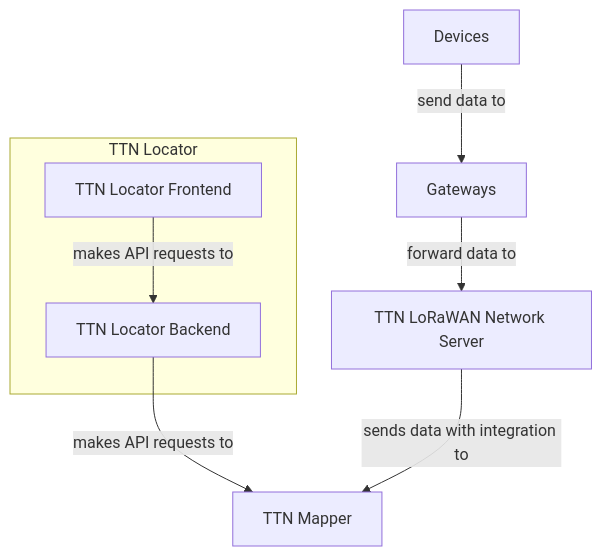
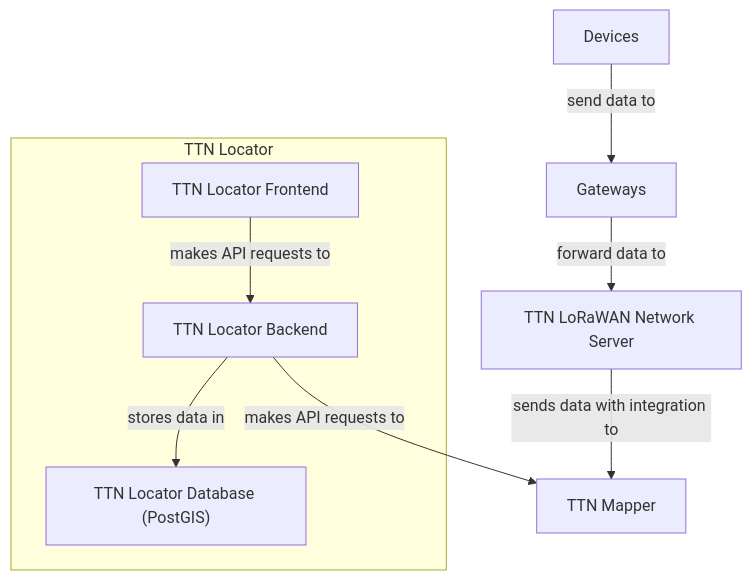
The diagram in diagrams/program_structure/program_structure.md (Bassadin/Master-Thesis-INM), drawn with Mermaid before and after one commit. The commit also changed 1 other file, not shown here.

Commit message:
update structure

````diff
--- a/diagrams/program_structure/program_structure.md
+++ b/diagrams/program_structure/program_structure.md
@@ -6,10 +6,11 @@
 ```mermaid
 flowchart TD
     subgraph TTNL [TTN Locator]
     TTNLF[TTN Locator Frontend]-->|makes API requests to|TTNLB[TTN Locator Backend]
+    TTNLB-->|stores data in|TTNLDB["TTN Locator Database (PostGIS)"]
     end
     TTNLB-->|makes API requests to|TTNM
     DVs[Devices]-->|send data to|GWs
     GWs[Gateways]-->|forward data to|TTN-LNS
     TTN-LNS[TTN LoRaWAN Network Server]-->|sends data with integration to|TTNM[TTN Mapper]
 ```
````
